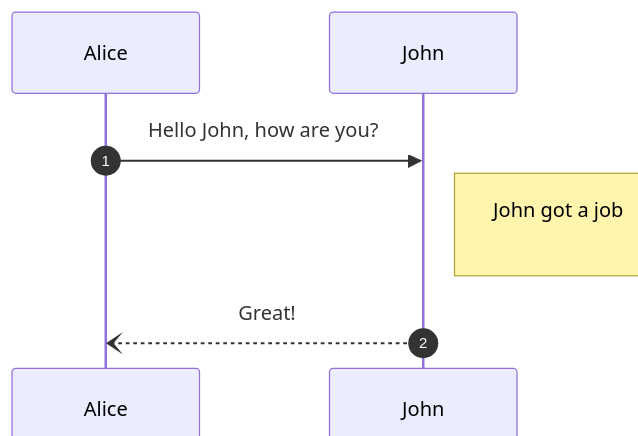
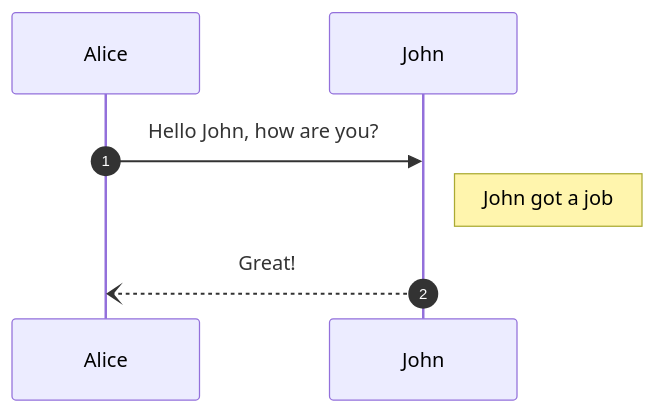
Diagram 14 of 14 in sequence diagram.md (shap0011/mermaid-learning-notes), drawn with Mermaid before and after one commit.

````diff
--- a/sequence diagram.md
+++ b/sequence diagram.md
@@ -569,19 +569,19 @@
 ```mermaid
 ---
 config:
-    # theme: dark
     theme: default,
     sequence:
-        showSequenceNumbers: true,
-        diagramMarginY: 30,
-        noteMargin: 30
+        showSequenceNumbers: true
+        diagramMarginX: 60
+        diagramMarginY: 30
+        noteMargin: 10
+
 ---
 
 sequenceDiagram
-    % autonumber
     participant Alice
     participant John
     Alice->>John: Hello John, how are you?
     note right of John: John got a job
     John--)Alice: Great!
 ```
````
